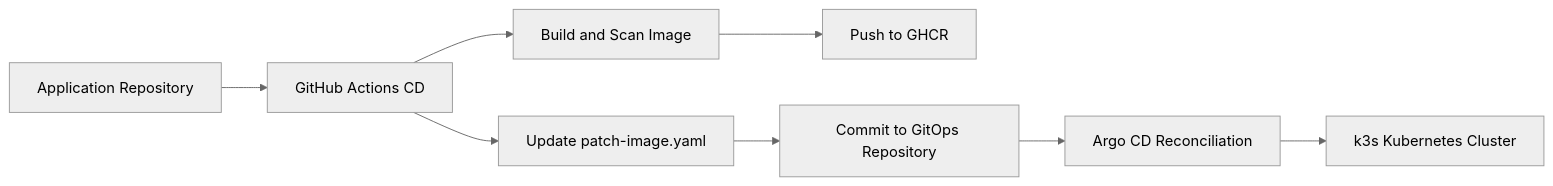
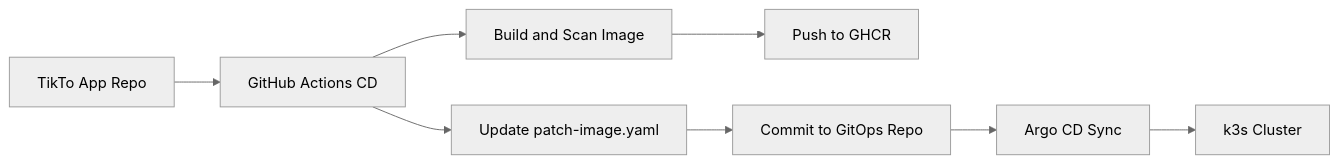
Before and after one commit to flavoriy/gitops-manifest: the diagram in README.md, drawn with Mermaid (neutral theme). The commit also changed other lines of this file, not shown here.

Commit message:
docs: align README with DevOps platform scope

````diff
--- a/README.md
+++ b/README.md
@@ -94,10 +82,10 @@
 ```mermaid
 flowchart LR
-    AppRepo[Application Repository] --> CI[GitHub Actions CD]
-    CI --> Image[Build and Scan Image]
+    AppRepo[TikTo App Repo] --> CD[GitHub Actions CD]
+    CD --> Image[Build and Scan Image]
     Image --> GHCR[Push to GHCR]
-    CI --> Patch[Update patch-image.yaml]
-    Patch --> Git[Commit to GitOps Repository]
-    Git --> Argo[Argo CD Reconciliation]
-    Argo --> K8s[k3s Kubernetes Cluster]
+    CD --> Patch[Update patch-image.yaml]
+    Patch --> Git[Commit to GitOps Repo]
+    Git --> Argo[Argo CD Sync]
+    Argo --> K8s[k3s Cluster]
 ```
````
